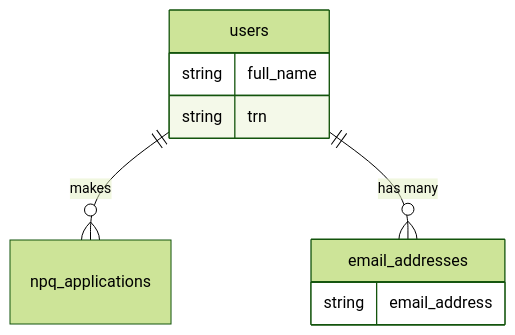
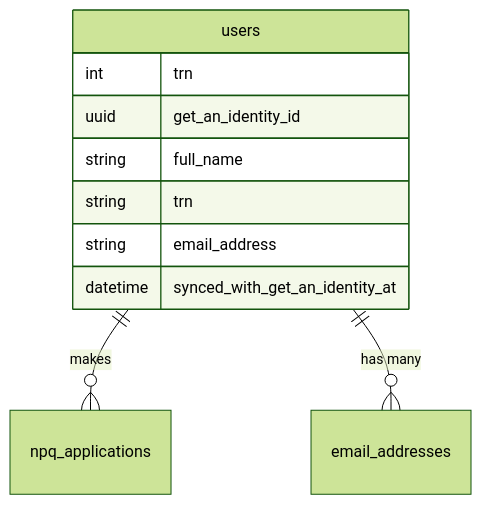
One commit to DFE-Digital/npq-separation changed the fourth of 4 diagrams in data-modelling.md. Above: the diagram before and after it, drawn with Mermaid (forest theme).

Commit message:
Move email_address to users table
In the playback it was made clear that we should treat GAI **the**
source of truth, so the name and email address held in our database
should be pulled in from GAI. We probably need to keep a copy ourselves
to aid API performance, so add a synced_at timestamp we can use to help
keep things current.

````diff
--- a/data-modelling.md
+++ b/data-modelling.md
@@ -254,13 +254,14 @@
 ```mermaid
 erDiagram
 
     users ||--o{ npq_applications : "makes"
     users ||--o{ email_addresses : "has many"
     users {
+        int trn
+        uuid get_an_identity_id
         string full_name
         string trn
-    }
-    email_addresses {
         string email_address
+        datetime synced_with_get_an_identity_at
     }
 ```
````
